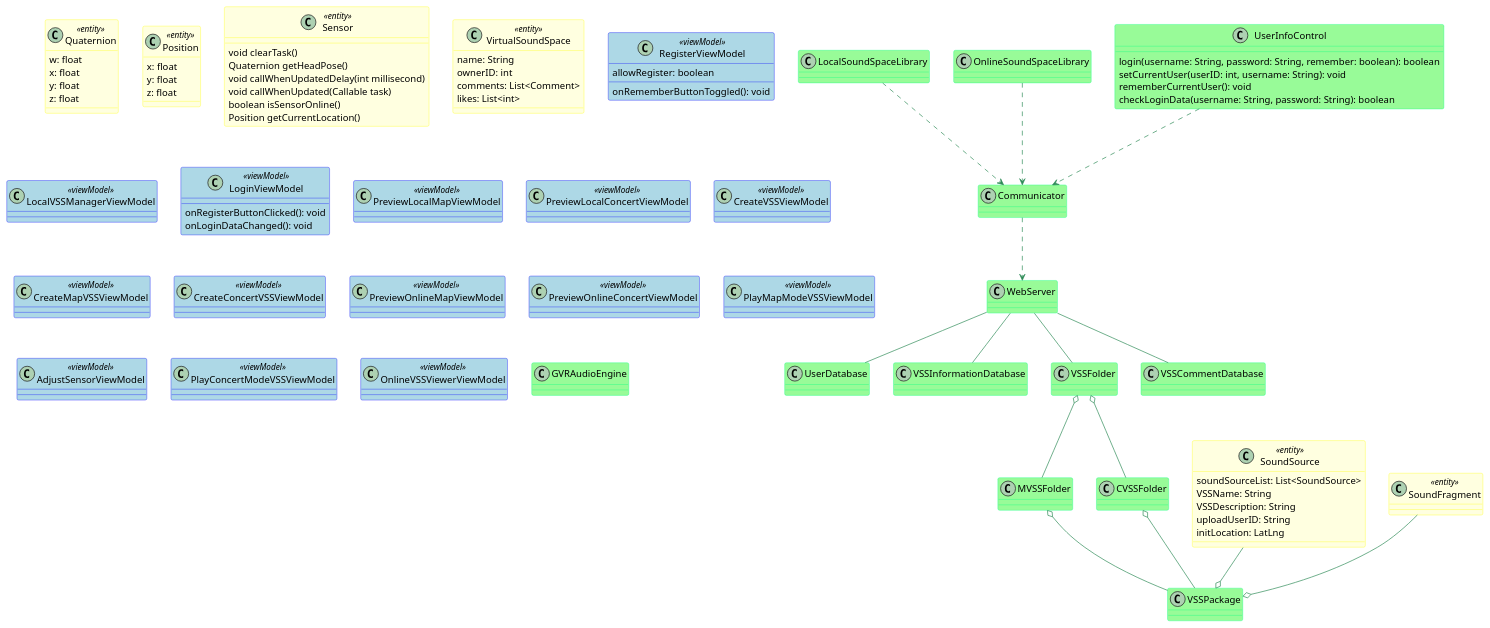
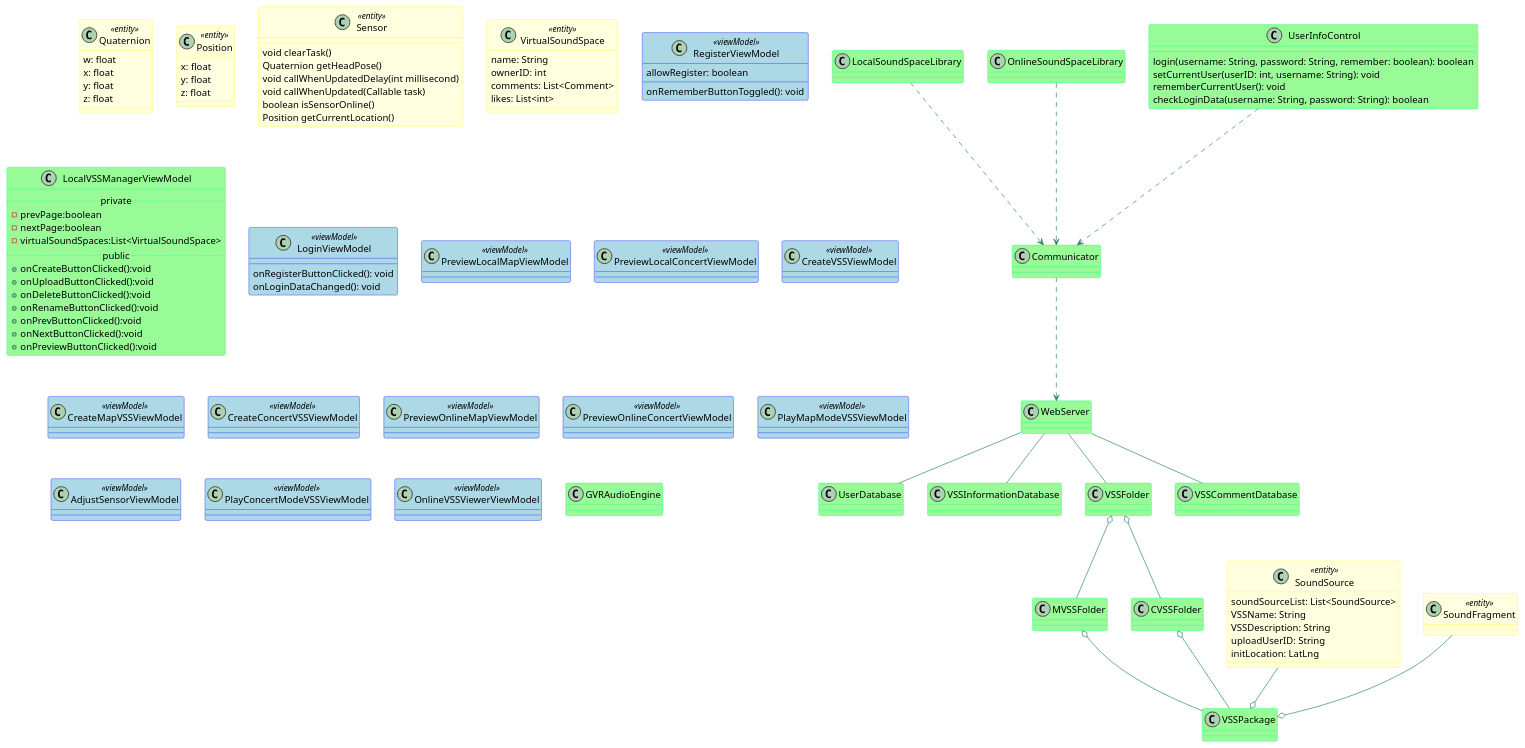
The diagram in 设计/对象模型.md (kpp19920121/doc), drawn with PlantUML before and after one commit. The commit also changed 4 other files, not shown here.

First line of the commit message:
完成LocalVSSManagerViewModel相关图例

```diff
--- a/设计/对象模型.md
+++ b/设计/对象模型.md
@@ -113,8 +113,19 @@
 	onRememberButtonToggled(): void
 
 }
-class LocalVSSManagerViewModel <<viewModel>> {
-
+class LocalVSSManagerViewModel {
+  ..private..
+  -prevPage:boolean
+  -nextPage:boolean
+  -virtualSoundSpaces:List<VirtualSoundSpace>
+  ..public..
+  +onCreateButtonClicked():void
+  +onUploadButtonClicked():void
+  +onDeleteButtonClicked():void
+  +onRenameButtonClicked():void
+  +onPrevButtonClicked():void
+  +onNextButtonClicked():void
+  +onPreviewButtonClicked():void
 }
 class LoginViewModel <<viewModel>> {
 
```
